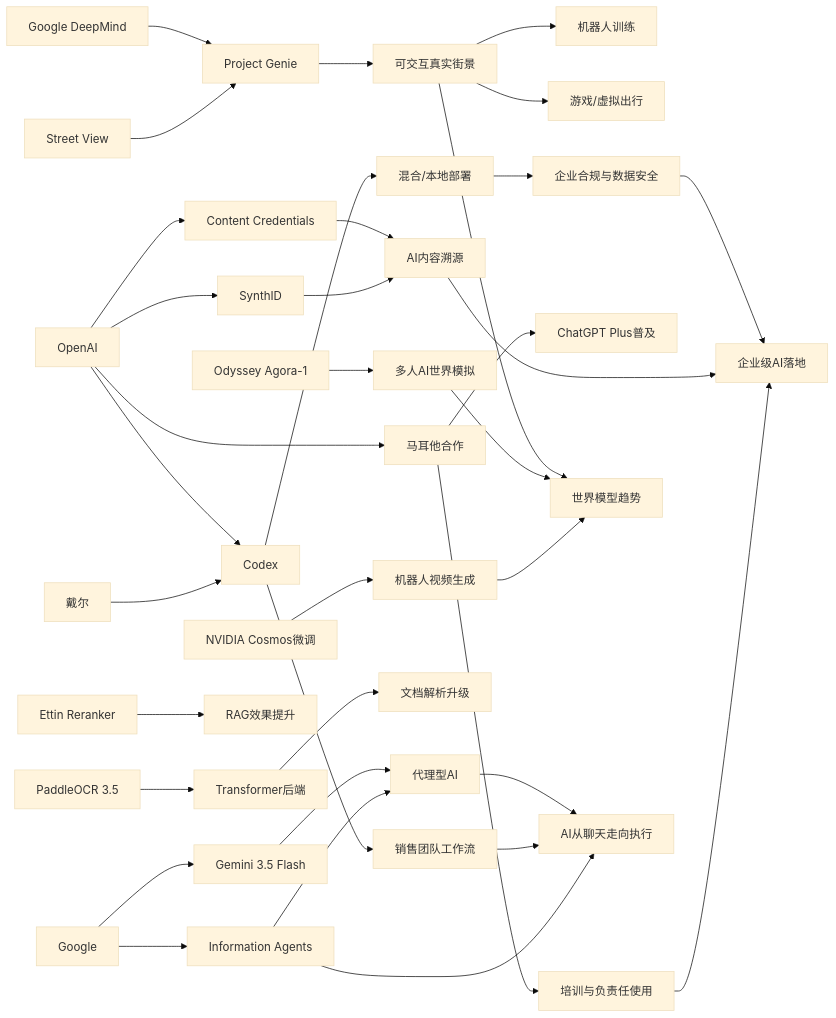
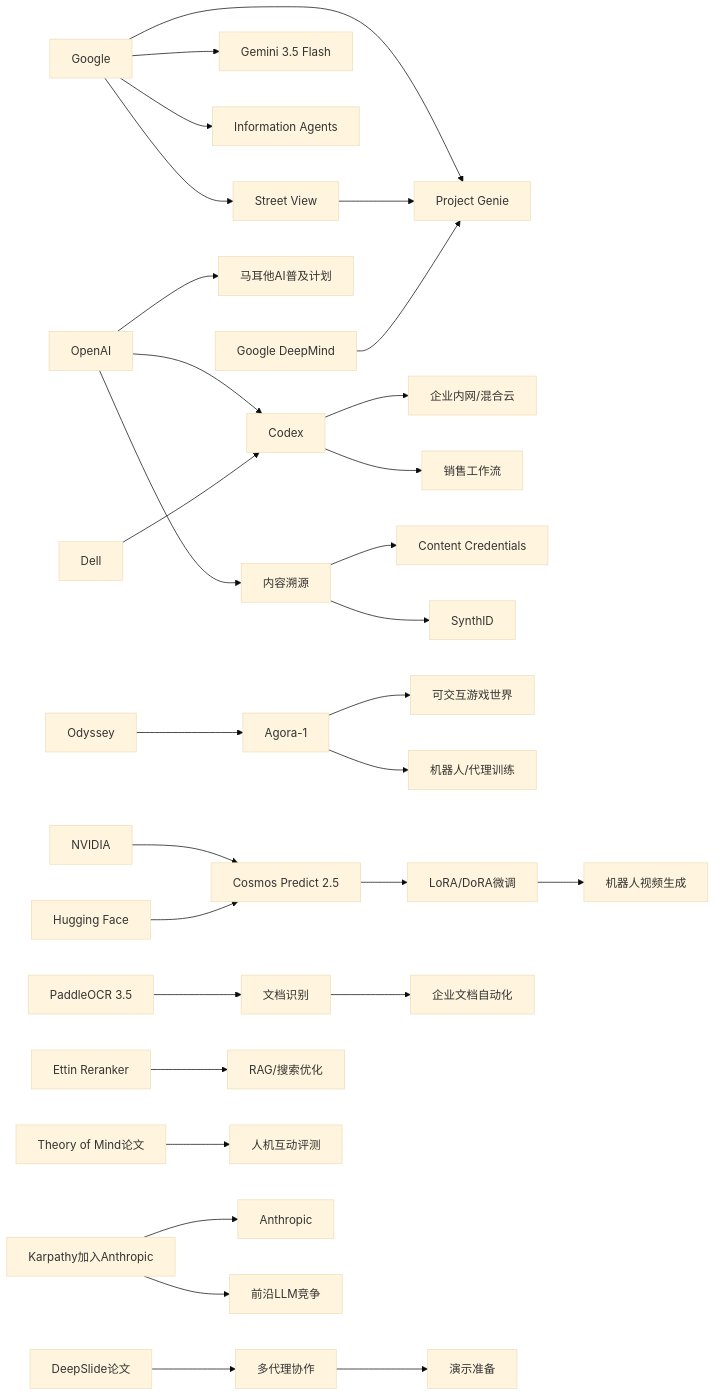
One commit to zhuxinfei/ai-daily-site changed the diagram in content/cn/2026/2026-05/2026-05-19.md. Above: the diagram before and after it, drawn with Mermaid (base theme). The commit also changed other lines of this file, not shown here.

````diff
--- a/content/cn/2026/2026-05/2026-05-19.md
+++ b/content/cn/2026/2026-05/2026-05-19.md
@@ -110,48 +147,40 @@
 ```mermaid
 graph LR
-    A[Google DeepMind] --> B[Project Genie]
-    C[Street View] --> B
-    B --> D[可交互真实街景]
-    D --> E[机器人训练]
-    D --> F[游戏/虚拟出行]
+    Google[Google] --> Genie[Project Genie]
+    Google --> StreetView[Street View]
+    StreetView --> Genie
+    Google --> Gemini[Gemini 3.5 Flash]
+    Google --> InfoAgents[Information Agents]
 
-    G[Google] --> H[Gemini 3.5 Flash]
-    H --> I[代理型AI]
-    G --> J[Information Agents]
-    J --> I
+    OpenAI[OpenAI] --> Codex[Codex]
+    Dell[Dell] --> Codex
+    Codex --> Enterprise[企业内网/混合云]
+    Codex --> Sales[销售工作流]
 
-    K[OpenAI] --> L[Codex]
-    M[戴尔] --> L
-    L --> N[混合/本地部署]
-    L --> O[销售团队工作流]
-    N --> P[企业合规与数据安全]
+    OpenAI --> Malta[马耳他AI普及计划]
+    OpenAI --> Provenance[内容溯源]
+    Provenance --> Credentials[Content Credentials]
+    Provenance --> SynthID[SynthID]
 
-    K --> Q[Content Credentials]
-    K --> R[SynthID]
-    Q --> S[AI内容溯源]
-    R --> S
+    DeepMind[Google DeepMind] --> Genie
+    Odyssey[Odyssey] --> Agora[Agora-1]
+    Agora --> Gaming[可交互游戏世界]
+    Agora --> RobotTrain[机器人/代理训练]
 
-    K --> T[马耳他合作]
-    T --> U[ChatGPT Plus普及]
-    T --> V[培训与负责任使用]
+    NVIDIA[NVIDIA] --> Cosmos[Cosmos Predict 2.5]
+    HF[Hugging Face] --> Cosmos
+    Cosmos --> FineTune[LoRA/DoRA微调]
+    FineTune --> RobotVideo[机器人视频生成]
 
-    W[PaddleOCR 3.5] --> X[Transformer后端]
-    X --> Y[文档解析升级]
+    Paddle[PaddleOCR 3.5] --> OCR[文档识别]
+    OCR --> EnterpriseDocs[企业文档自动化]
 
-    Z[Ettin Reranker] --> AA[RAG效果提升]
+    DeepSlide[DeepSlide论文] --> MultiAgent[多代理协作]
+    MultiAgent --> Presentation[演示准备]
 
-    AB[Odyssey Agora-1] --> AC[多人AI世界模拟]
-    AD[NVIDIA Cosmos微调] --> AE[机器人视频生成]
+    Ettin[Ettin Reranker] --> RAG[RAG/搜索优化]
+    ToM[Theory of Mind论文] --> HAI[人机互动评测]
 
-    D --> AF[世界模型趋势]
-    AC --> AF
-    AE --> AF
-
-    I --> AG[AI从聊天走向执行]
-    O --> AG
-    J --> AG
-
-    P --> AH[企业级AI落地]
-    S --> AH
-    V --> AH
+    Talent[Karpathy加入Anthropic] --> Anthropic[Anthropic]
+    Talent --> Frontier[前沿LLM竞争]
 ```
````
